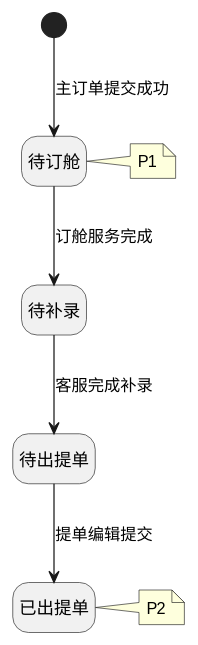
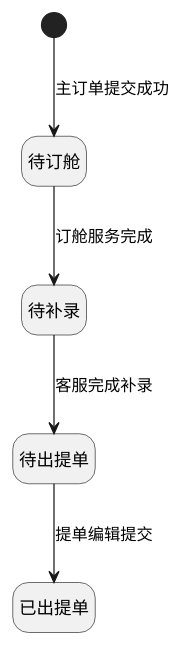
Before and after one commit to jack888332/projects-doc: the sixth of 7 diagrams in product-caliber/goldjet/segmented-prd/PRD.高捷物流系统一期.第009篇.空运-订单创建.5029269CA8.md, drawn with PlantUML. The commit also changed other lines of this file and 24 other files, not shown here.

````diff
--- a/product-caliber/goldjet/segmented-prd/PRD.高捷物流系统一期.第009篇.空运-订单创建.5029269CA8.md
+++ b/product-caliber/goldjet/segmented-prd/PRD.高捷物流系统一期.第009篇.空运-订单创建.5029269CA8.md
@@ -413,15 +408,13 @@
 ```plantuml
 @startuml goldjet-009-state-air-order
 hide empty description
 state "待订舱" as Booking
 state "待补录" as Supplement
 state "待出提单" as Issue
 state "已出提单" as Issued
 [*] --> Booking : 主订单提交成功
 Booking --> Supplement : 订舱服务完成
 Supplement --> Issue : 客服完成补录
 Issue --> Issued : 提单编辑提交
-note right of Booking : P1
-note right of Issued : P2
 @enduml
 ```
````
